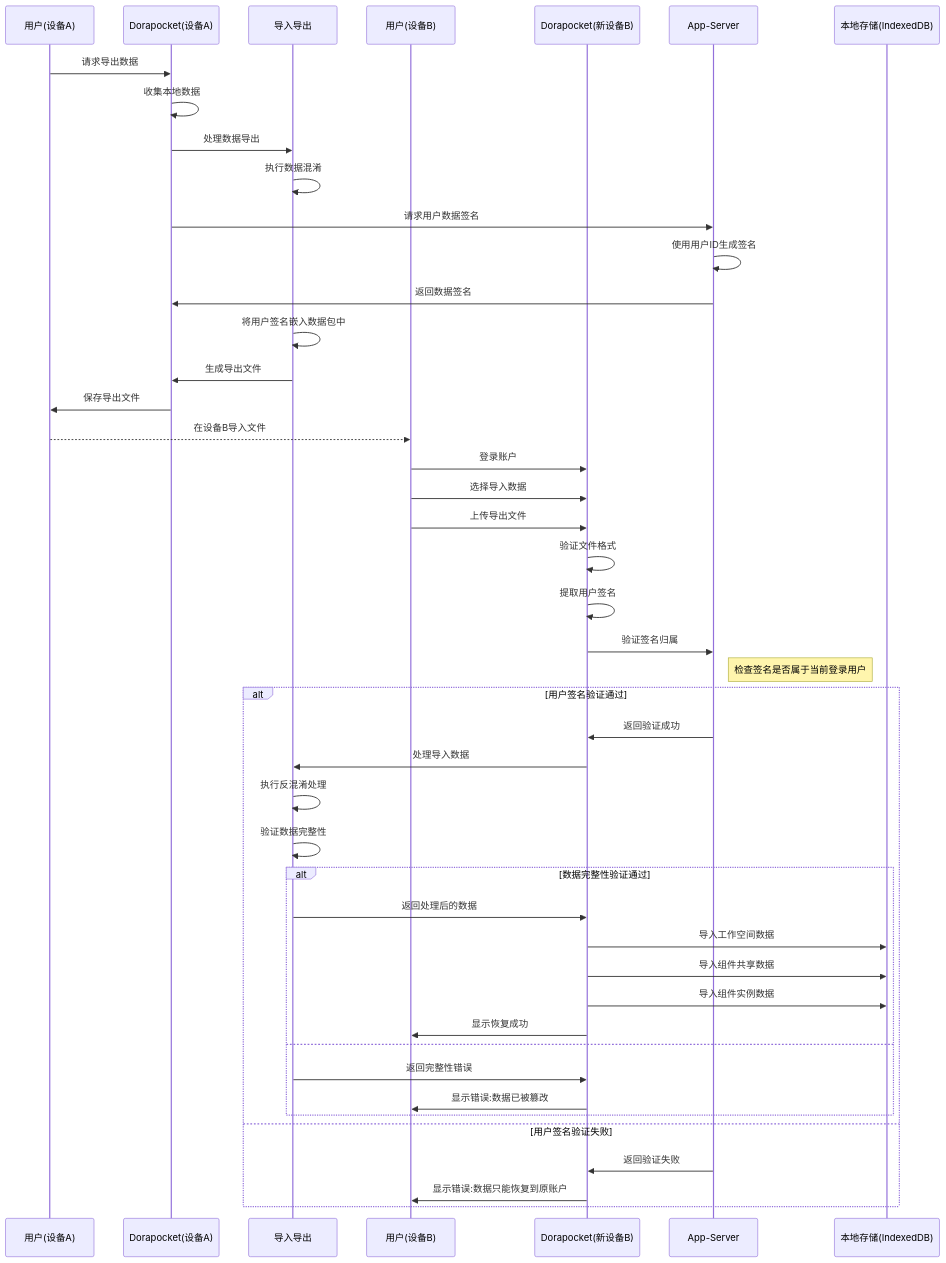
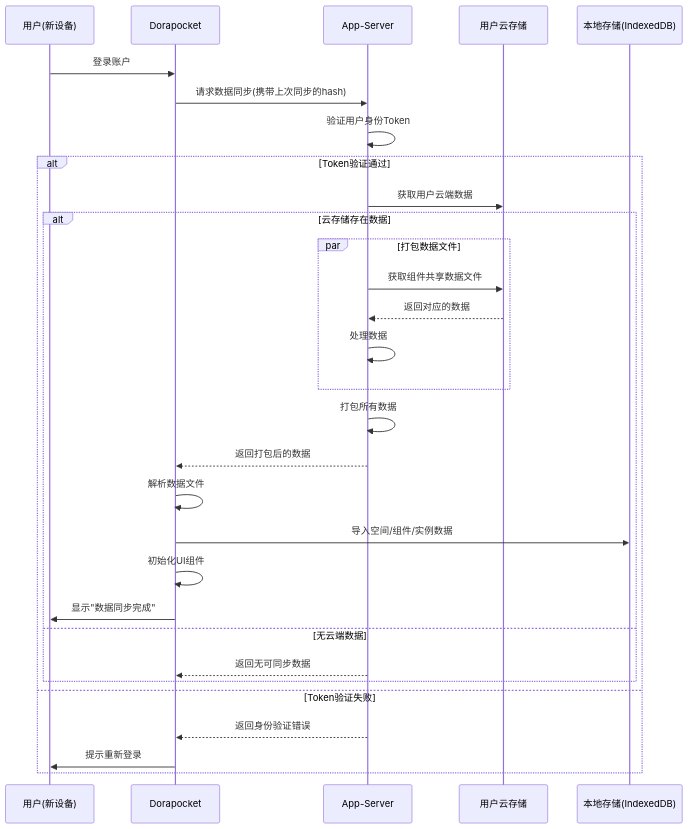
Before and after one commit to yingjianzh/iodraw-files: the diagram in all/未命名-38.md, drawn with Mermaid.

Commit message:
2025-04-21 14:30:22 update

````diff
--- a/all/未命名-38.md
+++ b/all/未命名-38.md
@@ -1,63 +1,47 @@
 ```mermaid
+
 sequenceDiagram
-    participant UserOld as 用户(设备A)
-    participant AppOld as Dorapocket(设备A)
-    participant Security as 导入导出
-    participant UserNew as 用户(设备B)
-    participant AppNew as Dorapocket(新设备B)
+    participant User as 用户(新设备)
+    participant App as Dorapocket
     participant AppServer as App-Server
+    participant UserCloud as 用户云存储
     participant LocalDB as 本地存储(IndexedDB)
     
-    %% 导出流程
-    UserOld->>AppOld: 请求导出数据
-    AppOld->>AppOld: 收集本地数据
+    User->>App: 登录账户
     
-    AppOld->>Security: 处理数据导出
-    Security->>Security: 执行数据混淆
+    App->>AppServer: 请求数据同步(携带上次同步的hash)
+    AppServer->>AppServer: 验证用户身份Token
     
-    %% 获取用户签名
-    AppOld->>AppServer: 请求用户数据签名
-    AppServer->>AppServer: 使用用户ID生成签名
-    AppServer->>AppOld: 返回数据签名
+    alt Token验证通过
+        AppServer->>UserCloud: 获取用户云端数据
+        
+        
+        alt 云存储存在数据
+            par 打包数据文件
+                AppServer->>UserCloud: 获取组件共享数据文件
+                UserCloud-->>AppServer: 返回对应的数据
+                
+                AppServer->>AppServer: 处理数据
+            end
+            
+            AppServer->>AppServer: 打包所有数据
+            AppServer-->>App: 返回打包后的数据
+            
+            App->>App: 解析数据文件
+
+
+            
+            App->>LocalDB: 导入空间/组件/实例数据
+            
+            App->>App: 初始化UI组件
+            App->>User: 显示"数据同步完成"
+        else 无云端数据
+            AppServer-->>App: 返回无可同步数据
     
-    Security->>Security: 将用户签名嵌入数据包中
-    Security->>AppOld: 生成导出文件
-    AppOld->>UserOld: 保存导出文件
-    
-    %% 传输文件(由用户完成)
-    UserOld-->>UserNew: 在设备B导入文件
-    
-    %% 恢复流程
-    UserNew->>AppNew: 登录账户
-    UserNew->>AppNew: 选择导入数据
-    UserNew->>AppNew: 上传导出文件
-    
-    AppNew->>AppNew: 验证文件格式
-    AppNew->>AppNew: 提取用户签名
-    
-    %% 验证用户签名
-    AppNew->>AppServer: 验证签名归属
-    note right of AppServer: 检查签名是否属于当前登录用户
-    
-    alt 用户签名验证通过
-        AppServer->>AppNew: 返回验证成功
-        
-        AppNew->>Security: 处理导入数据
-        Security->>Security: 执行反混淆处理
-        Security->>Security: 验证数据完整性
-        
-        alt 数据完整性验证通过
-            Security->>AppNew: 返回处理后的数据
-            AppNew->>LocalDB: 导入工作空间数据
-            AppNew->>LocalDB: 导入组件共享数据
-            AppNew->>LocalDB: 导入组件实例数据
-            AppNew->>UserNew: 显示恢复成功
-        else
-            Security->>AppNew: 返回完整性错误
-            AppNew->>UserNew: 显示错误:数据已被篡改
         end
-    else 用户签名验证失败
-        AppServer->>AppNew: 返回验证失败
-        AppNew->>UserNew: 显示错误:数据只能恢复到原账户
+    else Token验证失败
+        AppServer-->>App: 返回身份验证错误
+        App->>User: 提示重新登录
     end
+
 ```
````
